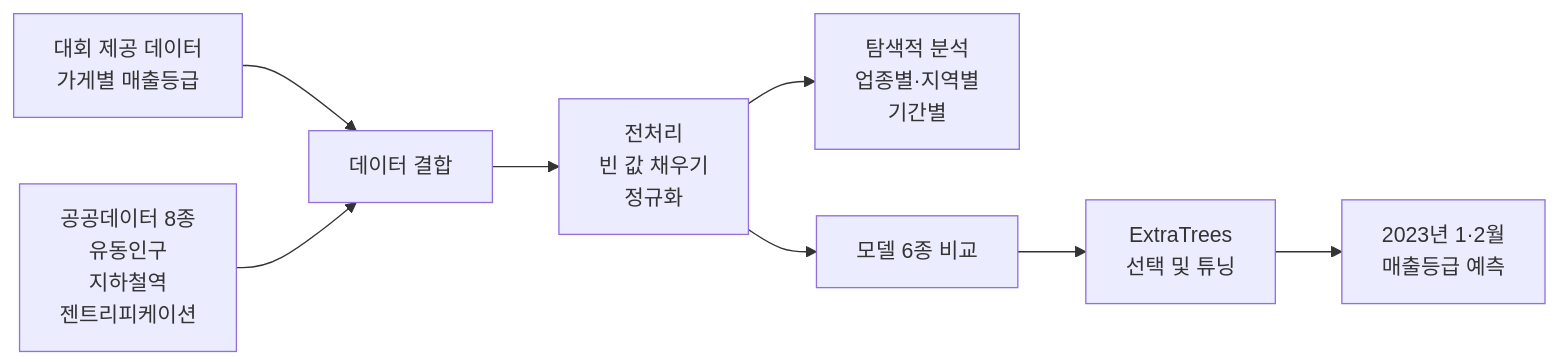
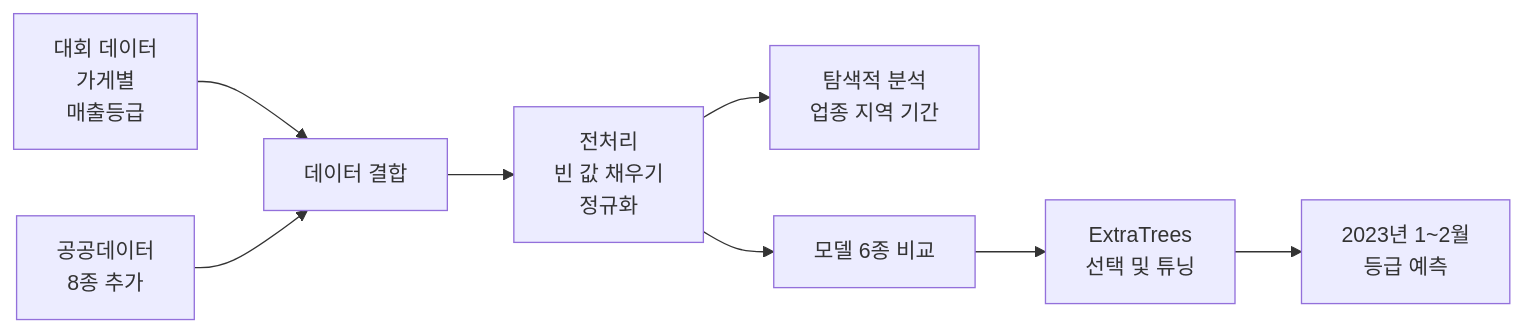
One commit to mjk022/portfolio changed the diagram in 예상매출등급/README.md. Above: the diagram before and after it, drawn with Mermaid. The commit also changed 7 other files, not shown here.

Commit message:
README 다이어그램 라벨을 GitHub에서 줄바꿈되지 않는 폭으로 다시 정리

````diff
--- a/예상매출등급/README.md
+++ b/예상매출등급/README.md
@@ -30,10 +30,10 @@
 ```mermaid
 flowchart LR
-    A[대회 제공 데이터<br/>가게별 매출등급] --> C[데이터 결합]
-    B[공공데이터 8종<br/>유동인구<br/>지하철역<br/>젠트리피케이션] --> C
+    A[대회 데이터<br/>가게별<br/>매출등급] --> C[데이터 결합]
+    B[공공데이터<br/>8종 추가] --> C
     C --> D[전처리<br/>빈 값 채우기<br/>정규화]
-    D --> E[탐색적 분석<br/>업종별·지역별<br/>기간별]
+    D --> E[탐색적 분석<br/>업종 지역 기간]
     D --> F[모델 6종 비교]
     F --> G[ExtraTrees<br/>선택 및 튜닝]
-    G --> H[2023년 1·2월<br/>매출등급 예측]
+    G --> H[2023년 1~2월<br/>등급 예측]
 ```
````
